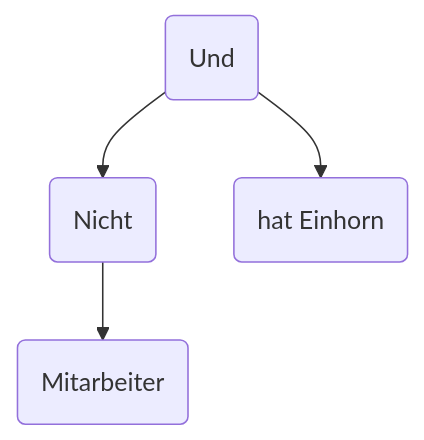
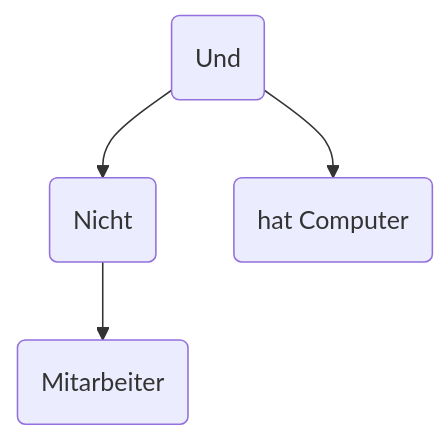
Before and after one commit to educorvi/rita_einfuehrung: the second of 2 diagrams in docs/02_eine_erste_regel.md, drawn with Mermaid. The commit also changed other lines of this file and 3 other files, not shown here.

````diff
--- a/docs/02_eine_erste_regel.md
+++ b/docs/02_eine_erste_regel.md
@@ -66,7 +66,7 @@
 ```mermaid
 graph
 
 u1(Und) --> n1(Nicht)
-u1 --> e1(hat Einhorn)
+u1 --> e1(hat Computer)
 n1 --> m1(Mitarbeiter)
 ```
````
